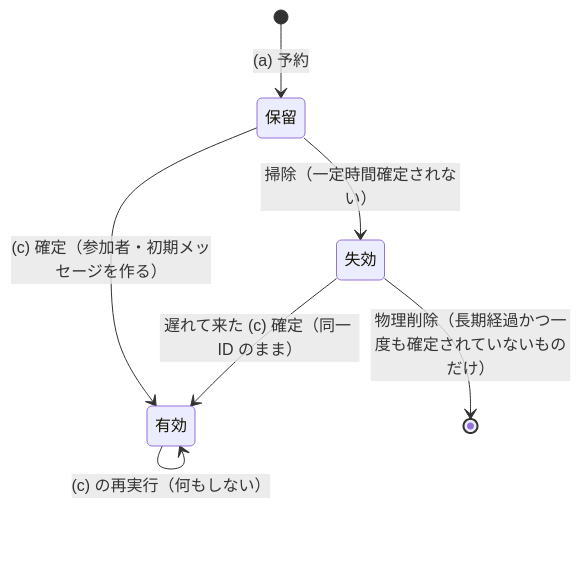
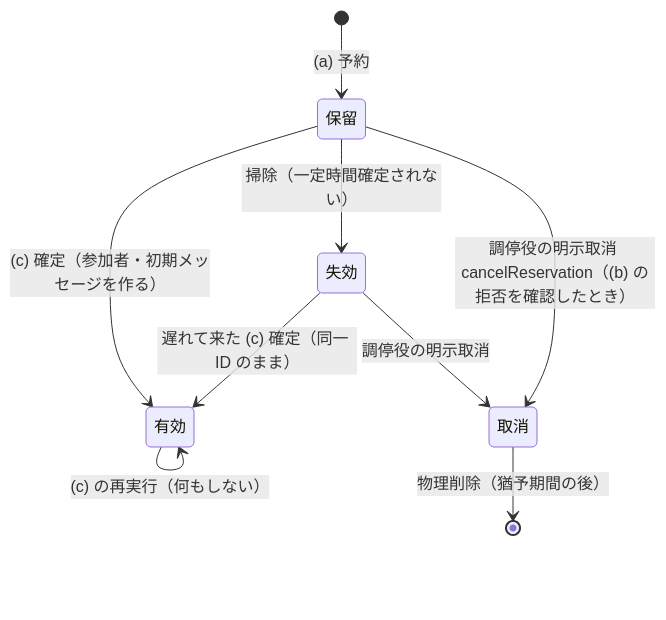
Before and after one commit to kenta-0420/mannschaft: the second of 4 diagrams in docs/architecture/modular_monolith_boundary_debt_repayment.md, drawn with Mermaid. The commit also changed other lines of this file, not shown here.

````diff
--- a/docs/architecture/modular_monolith_boundary_debt_repayment.md
+++ b/docs/architecture/modular_monolith_boundary_debt_repayment.md
@@ -309,9 +316,11 @@
    ```mermaid
    stateDiagram-v2
      [*] --> 保留: (a) 予約
      保留 --> 有効: (c) 確定（参加者・初期メッセージを作る）
      保留 --> 失効: 掃除（一定時間確定されない）
+     保留 --> 取消: 調停役の明示取消 cancelReservation（(b) の拒否を確認したとき）
      失効 --> 有効: 遅れて来た (c) 確定（同一 ID のまま）
-     失効 --> [*]: 物理削除（長期経過かつ一度も確定されていないものだけ）
+     失効 --> 取消: 調停役の明示取消
+     取消 --> [*]: 物理削除（猶予期間の後）
      有効 --> 有効: (c) の再実行（何もしない）
    ```
````
